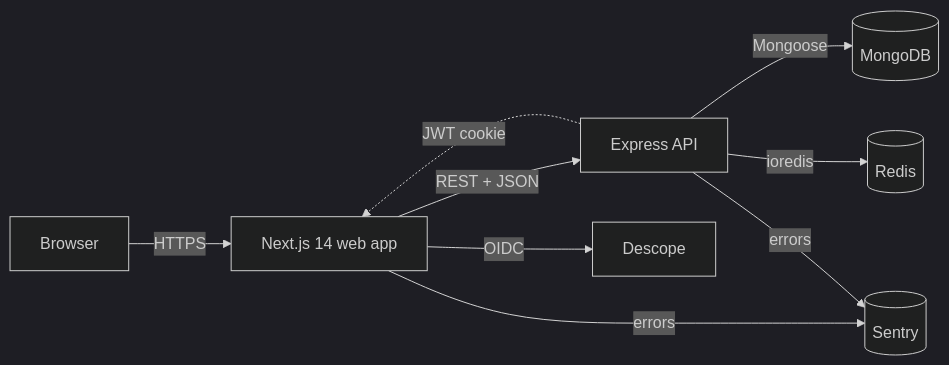
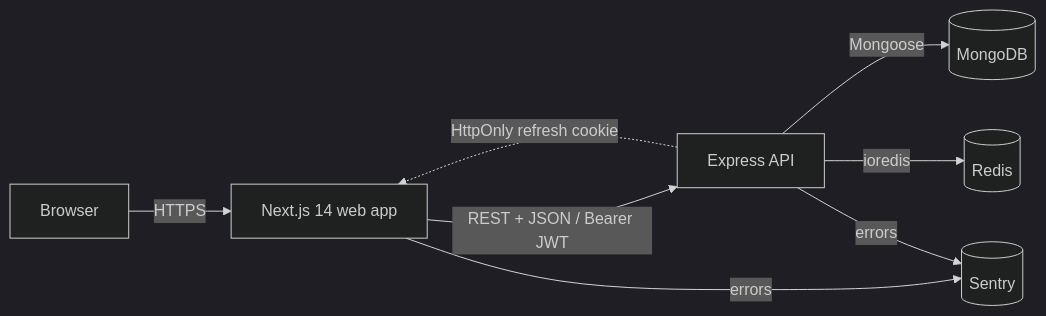
Before and after one commit to Sachinrajawat/FixItNow: the diagram in README.md, drawn with Mermaid (dark theme). The commit also changed other lines of this file and 41 other files, not shown here.

First line of the commit message:
Phase 2 Step 3 (Web): typed API client + cookie/JWT auth, replace Hygraph

````diff
--- a/README.md
+++ b/README.md
@@ -38,11 +38,10 @@
 ```mermaid
 flowchart LR
     User[Browser] -->|HTTPS| Web[Next.js 14 web app]
-    Web -->|REST + JSON| Api[Express API]
+    Web -->|REST + JSON / Bearer JWT| Api[Express API]
     Api -->|Mongoose| Mongo[(MongoDB)]
     Api -->|ioredis| Redis[(Redis)]
-    Web -->|OIDC| Auth[Descope]
-    Api -.->|JWT cookie| Web
+    Api -.->|HttpOnly refresh cookie| Web
     Web -->|errors| Sentry[(Sentry)]
     Api -->|errors| Sentry
 ```
````
